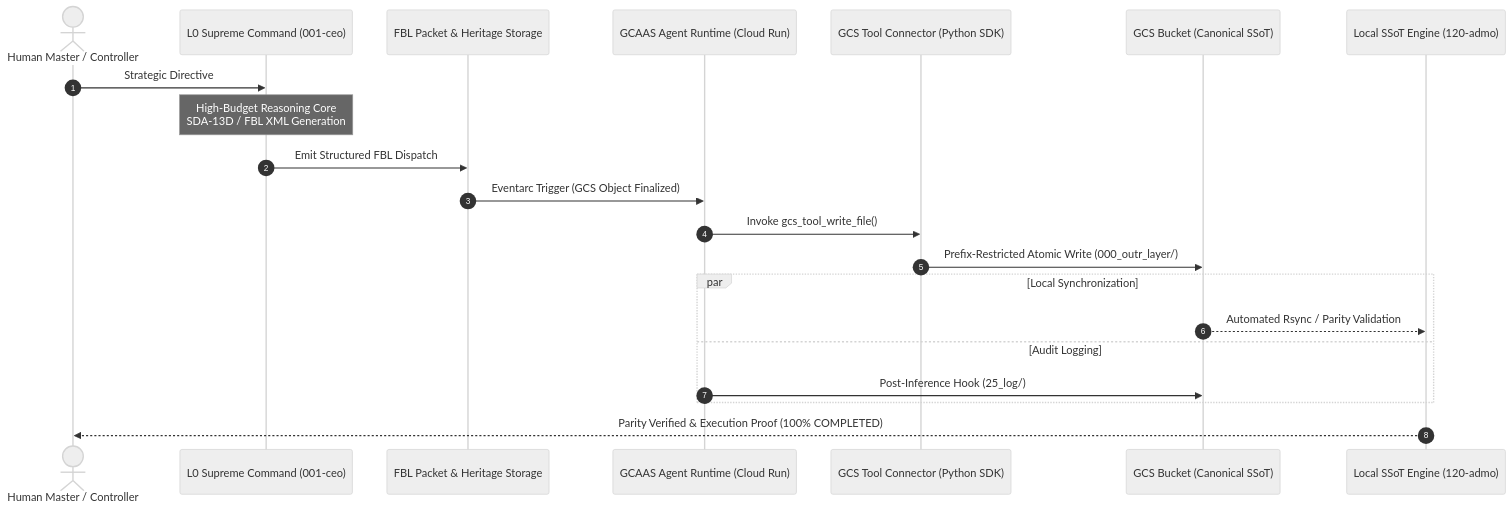
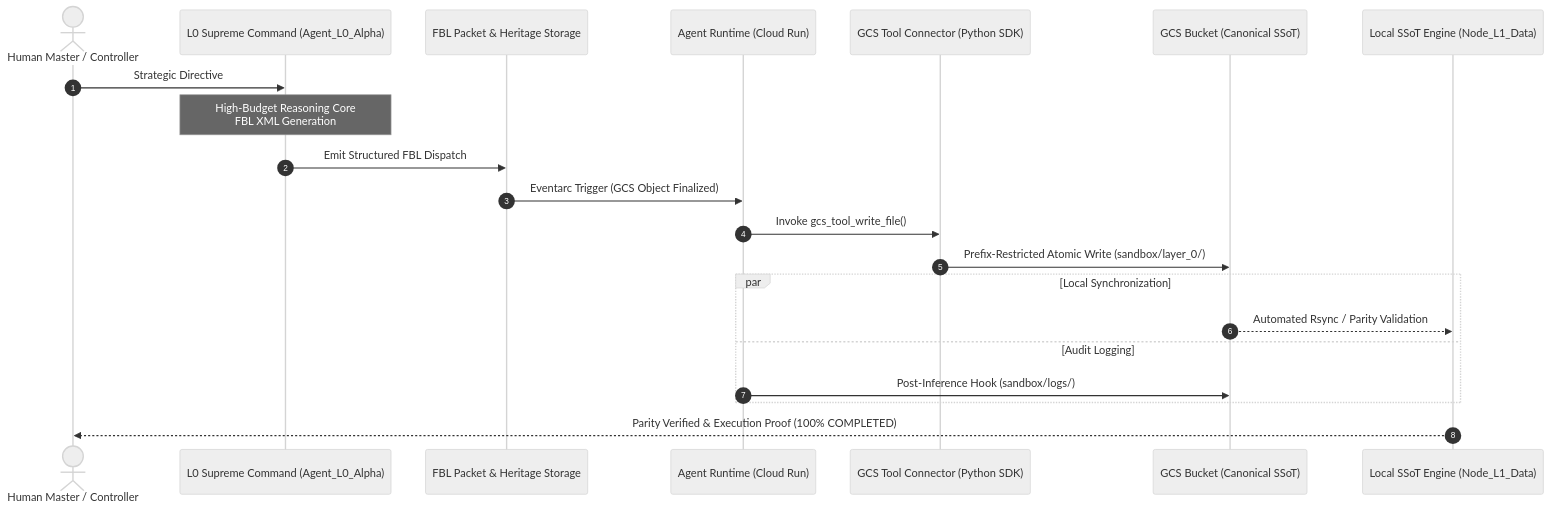
The diagram in README.md (nuccoss/ArkSystem-Sovereign-Swarm-Core), drawn with Mermaid (neutral theme) before and after one commit. The commit also changed other lines of this file and 8 other files, not shown here.

Commit message:
refactor: apply open-core boundary sanitization and schema obfuscation

````diff
--- a/README.md
+++ b/README.md
@@ -29,29 +29,29 @@
 ```mermaid
 sequenceDiagram
     autonumber
     actor User as Human Master / Controller
-    participant CEO as L0 Supreme Command (001-ceo)
+    participant Orchestrator as L0 Supreme Command (Agent_L0_Alpha)
     participant FBL as FBL Packet & Heritage Storage
-    participant Runtime as GCAAS Agent Runtime (Cloud Run)
+    participant Runtime as Agent Runtime (Cloud Run)
     participant Tool as GCS Tool Connector (Python SDK)
     participant GCS as GCS Bucket (Canonical SSoT)
-    participant Local as Local SSoT Engine (120-admo)
+    participant Local as Local SSoT Engine (Node_L1_Data)
 
     %% Step 1: Directive & Decision
-    User->>CEO: Strategic Directive
-    Note over CEO: High-Budget Reasoning Core<br/>SDA-13D / FBL XML Generation
-    CEO->>FBL: Emit Structured FBL Dispatch
+    User->>Orchestrator: Strategic Directive
+    Note over Orchestrator: High-Budget Reasoning Core<br/>FBL XML Generation
+    Orchestrator->>FBL: Emit Structured FBL Dispatch
 
     %% Step 2: Event-driven Triggering & Tool Execution
     FBL->>Runtime: Eventarc Trigger (GCS Object Finalized)
     Runtime->>Tool: Invoke gcs_tool_write_file()
-    Tool->>GCS: Prefix-Restricted Atomic Write (000_outr_layer/)
+    Tool->>GCS: Prefix-Restricted Atomic Write (sandbox/layer_0/)
 
     %% Step 3: 4-Tier SSoT Synchronization
     par Local Synchronization
         GCS-->>Local: Automated Rsync / Parity Validation
     and Audit Logging
-        Runtime->>GCS: Post-Inference Hook (25_log/)
+        Runtime->>GCS: Post-Inference Hook (sandbox/logs/)
     end
     Local-->>User: Parity Verified & Execution Proof (100% COMPLETED)
 ```
````
